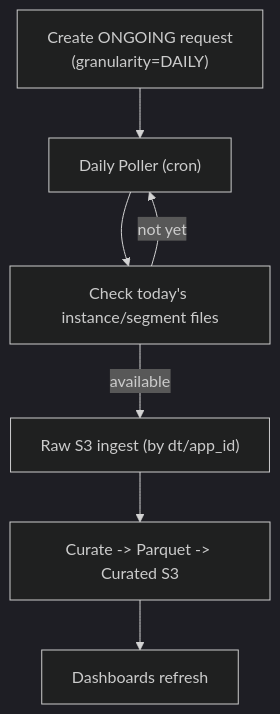
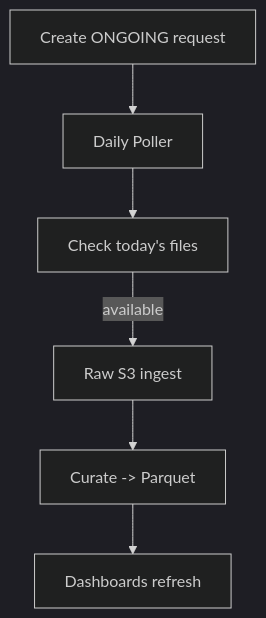
One commit to ankit961/Apple-Analytics changed the second of 3 diagrams in README.md. Above: the diagram before and after it, drawn with Mermaid (dark theme). The commit also changed other lines of this file and 32 other files, not shown here.

````diff
--- a/README.md
+++ b/README.md
@@ -40,9 +355,8 @@
 ```mermaid
 flowchart TD
-  A["Create ONGOING request<br/>(granularity=DAILY)"] --> B["Daily Poller (cron)"]
-  B --> C["Check today's instance/segment files"]
-  C -- "available" --> D["Raw S3 ingest (by dt/app_id)"]
-  C -- "not yet" --> B
-  D --> E["Curate -> Parquet -> Curated S3"]
+  A["Create ONGOING request"] --> B["Daily Poller"]
+  B --> C["Check today's files"]
+  C -- "available" --> D["Raw S3 ingest"]
+  D --> E["Curate -> Parquet"]
   E --> F["Dashboards refresh"]
 ```
````
